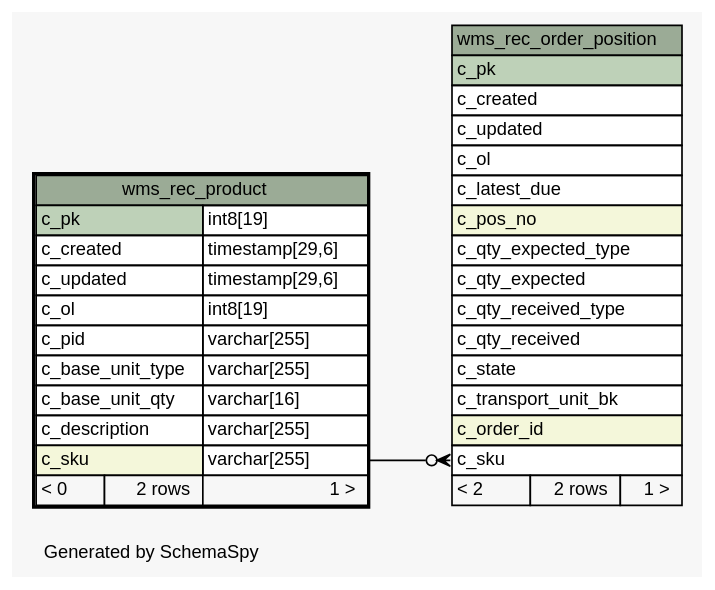
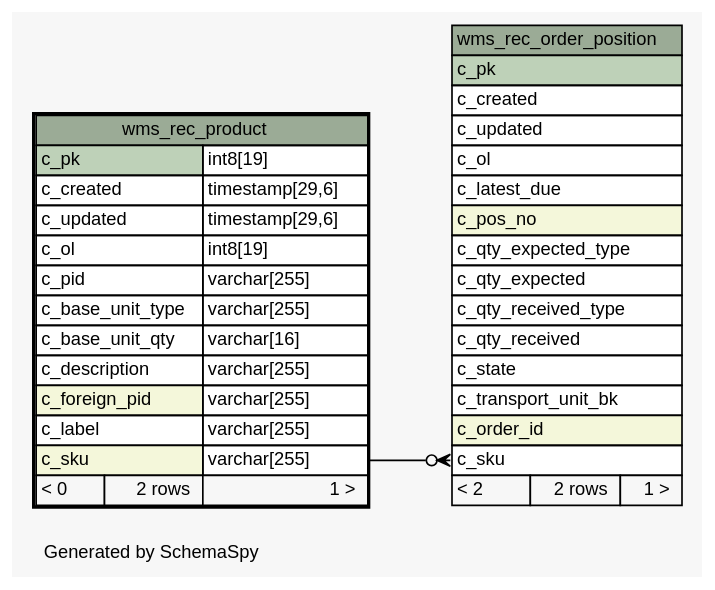
Before and after one commit to openwms/org.openwms.wms.receiving.lib: the diagram in 1.0.0-SNAPSHOT/schemaspy/diagrams/wms_rec_product.1degree.dot, drawn with Graphviz. The commit also changed 276 other files, not shown here.

```diff
--- a/1.0.0-SNAPSHOT/schemaspy/diagrams/wms_rec_product.1degree.dot
+++ b/1.0.0-SNAPSHOT/schemaspy/diagrams/wms_rec_product.1degree.dot
@@ -1,64 +1,66 @@
 // dot 2.43.0 on Linux 5.8.0-1039-azure
 // SchemaSpy rev Unknown
 digraph "oneDegreeRelationshipsDiagram" {
   graph [
     rankdir="RL"
     bgcolor="#f7f7f7"
     label="\nGenerated by SchemaSpy"
     labeljust="l"
     nodesep="0.18"
     ranksep="0.46"
     fontname="Helvetica"
     fontsize="11"
   ];
   node [
     fontname="Helvetica"
     fontsize="11"
     shape="plaintext"
   ];
   edge [
     arrowsize="0.8"
   ];
   "wms_rec_order_position":"c_sku":w -> "wms_rec_product":"c_sku.type":e [arrowhead=none dir=back arrowtail=crowodot];
   "wms_rec_order_position" [
     label=<
     <TABLE BORDER="0" CELLBORDER="1" CELLSPACING="0" BGCOLOR="#ffffff">
       <TR><TD COLSPAN="3" BGCOLOR="#9bab96" ALIGN="CENTER">wms_rec_order_position</TD></TR>
       <TR><TD PORT="c_pk" COLSPAN="3" BGCOLOR="#bed1b8" ALIGN="LEFT">c_pk</TD></TR>
       <TR><TD PORT="c_created" COLSPAN="3" ALIGN="LEFT">c_created</TD></TR>
       <TR><TD PORT="c_updated" COLSPAN="3" ALIGN="LEFT">c_updated</TD></TR>
       <TR><TD PORT="c_ol" COLSPAN="3" ALIGN="LEFT">c_ol</TD></TR>
       <TR><TD PORT="c_latest_due" COLSPAN="3" ALIGN="LEFT">c_latest_due</TD></TR>
       <TR><TD PORT="c_pos_no" COLSPAN="3" BGCOLOR="#f4f7da" ALIGN="LEFT">c_pos_no</TD></TR>
       <TR><TD PORT="c_qty_expected_type" COLSPAN="3" ALIGN="LEFT">c_qty_expected_type</TD></TR>
       <TR><TD PORT="c_qty_expected" COLSPAN="3" ALIGN="LEFT">c_qty_expected</TD></TR>
       <TR><TD PORT="c_qty_received_type" COLSPAN="3" ALIGN="LEFT">c_qty_received_type</TD></TR>
       <TR><TD PORT="c_qty_received" COLSPAN="3" ALIGN="LEFT">c_qty_received</TD></TR>
       <TR><TD PORT="c_state" COLSPAN="3" ALIGN="LEFT">c_state</TD></TR>
       <TR><TD PORT="c_transport_unit_bk" COLSPAN="3" ALIGN="LEFT">c_transport_unit_bk</TD></TR>
       <TR><TD PORT="c_order_id" COLSPAN="3" BGCOLOR="#f4f7da" ALIGN="LEFT">c_order_id</TD></TR>
       <TR><TD PORT="c_sku" COLSPAN="3" ALIGN="LEFT">c_sku</TD></TR>
       <TR><TD ALIGN="LEFT" BGCOLOR="#f7f7f7">&lt; 2</TD><TD ALIGN="RIGHT" BGCOLOR="#f7f7f7">2 rows</TD><TD ALIGN="RIGHT" BGCOLOR="#f7f7f7">1 &gt;</TD></TR>
     </TABLE>>
     URL="wms_rec_order_position.html"
     tooltip="wms_rec_order_position"
   ];
   "wms_rec_product" [
     label=<
     <TABLE BORDER="2" CELLBORDER="1" CELLSPACING="0" BGCOLOR="#ffffff">
       <TR><TD COLSPAN="3" BGCOLOR="#9bab96" ALIGN="CENTER">wms_rec_product</TD></TR>
       <TR><TD PORT="c_pk" COLSPAN="2" BGCOLOR="#bed1b8" ALIGN="LEFT">c_pk</TD><TD PORT="c_pk.type" ALIGN="LEFT">int8[19]</TD></TR>
       <TR><TD PORT="c_created" COLSPAN="2" ALIGN="LEFT">c_created</TD><TD PORT="c_created.type" ALIGN="LEFT">timestamp[29,6]</TD></TR>
       <TR><TD PORT="c_updated" COLSPAN="2" ALIGN="LEFT">c_updated</TD><TD PORT="c_updated.type" ALIGN="LEFT">timestamp[29,6]</TD></TR>
       <TR><TD PORT="c_ol" COLSPAN="2" ALIGN="LEFT">c_ol</TD><TD PORT="c_ol.type" ALIGN="LEFT">int8[19]</TD></TR>
       <TR><TD PORT="c_pid" COLSPAN="2" ALIGN="LEFT">c_pid</TD><TD PORT="c_pid.type" ALIGN="LEFT">varchar[255]</TD></TR>
       <TR><TD PORT="c_base_unit_type" COLSPAN="2" ALIGN="LEFT">c_base_unit_type</TD><TD PORT="c_base_unit_type.type" ALIGN="LEFT">varchar[255]</TD></TR>
       <TR><TD PORT="c_base_unit_qty" COLSPAN="2" ALIGN="LEFT">c_base_unit_qty</TD><TD PORT="c_base_unit_qty.type" ALIGN="LEFT">varchar[16]</TD></TR>
       <TR><TD PORT="c_description" COLSPAN="2" ALIGN="LEFT">c_description</TD><TD PORT="c_description.type" ALIGN="LEFT">varchar[255]</TD></TR>
+      <TR><TD PORT="c_foreign_pid" COLSPAN="2" BGCOLOR="#f4f7da" ALIGN="LEFT">c_foreign_pid</TD><TD PORT="c_foreign_pid.type" ALIGN="LEFT">varchar[255]</TD></TR>
+      <TR><TD PORT="c_label" COLSPAN="2" ALIGN="LEFT">c_label</TD><TD PORT="c_label.type" ALIGN="LEFT">varchar[255]</TD></TR>
       <TR><TD PORT="c_sku" COLSPAN="2" BGCOLOR="#f4f7da" ALIGN="LEFT">c_sku</TD><TD PORT="c_sku.type" ALIGN="LEFT">varchar[255]</TD></TR>
       <TR><TD ALIGN="LEFT" BGCOLOR="#f7f7f7">&lt; 0</TD><TD ALIGN="RIGHT" BGCOLOR="#f7f7f7">2 rows</TD><TD ALIGN="RIGHT" BGCOLOR="#f7f7f7">1 &gt;</TD></TR>
     </TABLE>>
     URL="wms_rec_product.html"
     tooltip="wms_rec_product"
   ];
 }
```
